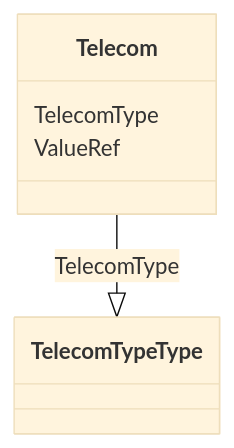
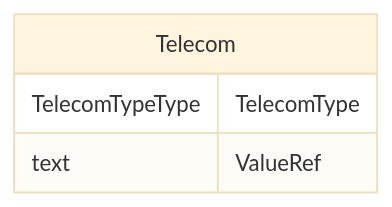
The diagram in docs/Telecom.md (cdisc-org/DataExchange-ODM-LinkML), drawn with Mermaid (base theme) before and after one commit. The commit also changed other lines of this file and 181 other files, not shown here.

Commit message:
ER diagrams working via templates and removing names with underscores

````diff
--- a/docs/Telecom.md
+++ b/docs/Telecom.md
@@ -14,11 +11,10 @@
 ```mermaid
- classDiagram
-    class Telecom
-      Telecom : TelecomType
-        
-          Telecom --|> TelecomTypeType : TelecomType
-        
-      Telecom : ValueRef
-        
-      
+erDiagram
+Telecom {
+    TelecomTypeType TelecomType  
+    text ValueRef  
+}
+
+
+
 ```
````
